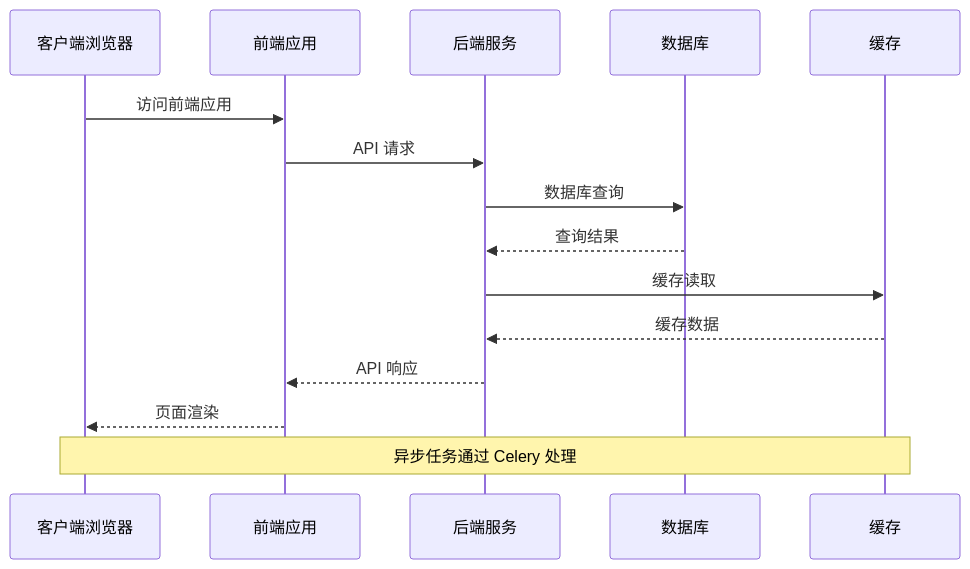
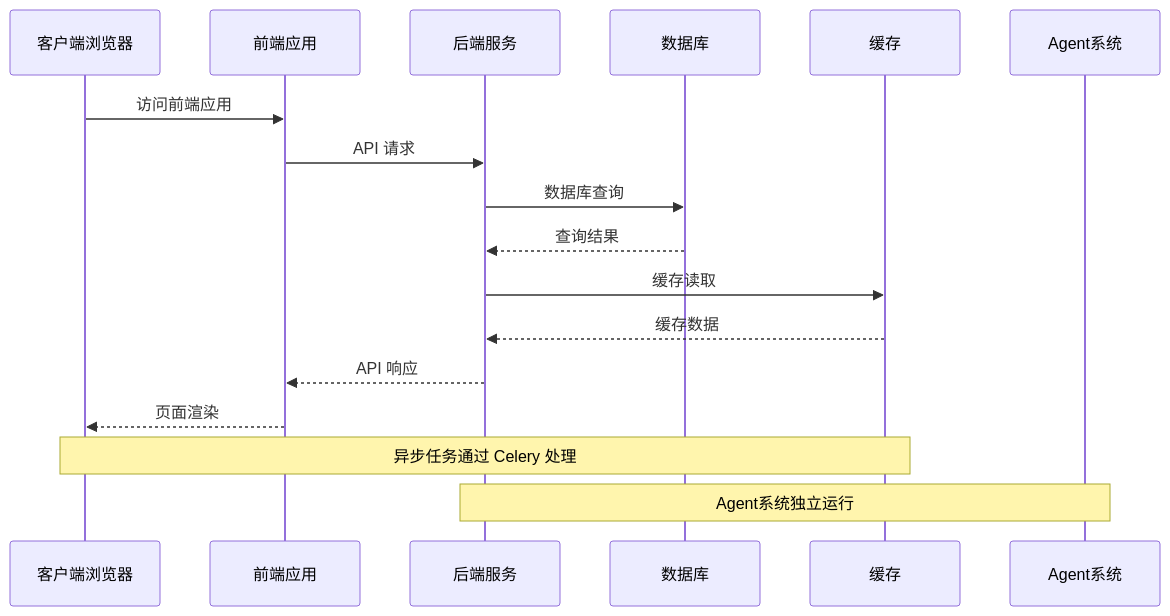
Before and after one commit to xfbyxq/ai-novel-system: the second of 6 diagrams in .qoder/repowiki/zh/content/Docker Deployment.md, drawn with Mermaid. The commit also changed other lines of this file and 6 other files, not shown here.

First line of the commit message:
feat(architecture): 完善智能体系统核心组件与架构文档

````diff
--- a/.qoder/repowiki/zh/content/Docker Deployment.md
+++ b/.qoder/repowiki/zh/content/Docker Deployment.md
@@ -128,17 +184,19 @@
 ```mermaid
 sequenceDiagram
 participant Client as 客户端浏览器
 participant Frontend as 前端应用
 participant Backend as 后端服务
 participant Database as 数据库
 participant Cache as 缓存
+participant Agent as Agent系统
 Client->>Frontend : 访问前端应用
 Frontend->>Backend : API 请求
 Backend->>Database : 数据库查询
 Database-->>Backend : 查询结果
 Backend->>Cache : 缓存读取
 Cache-->>Backend : 缓存数据
 Backend-->>Frontend : API 响应
 Frontend-->>Client : 页面渲染
 Note over Client,Cache : 异步任务通过 Celery 处理
+Note over Backend,Agent : Agent系统独立运行
 ```
````
